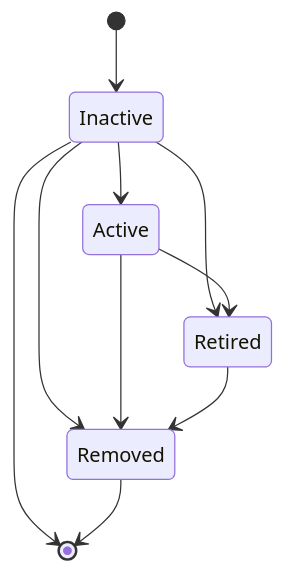
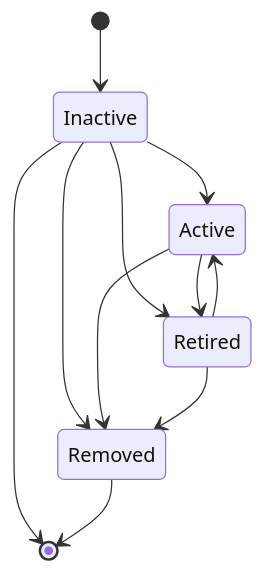
Before and after one commit to zalyoung/gitlab-handbook: the first of 2 diagrams in content/handbook/engineering/architecture/design-documents/encryption_keys_rotation/_index.md, drawn with Mermaid. The commit also changed other lines of this file, not shown here.

Commit message:
Improve the architecture based on the PoC and the iteration plan

````diff
--- a/content/handbook/engineering/architecture/design-documents/encryption_keys_rotation/_index.md
+++ b/content/handbook/engineering/architecture/design-documents/encryption_keys_rotation/_index.md
@@ -140,12 +140,13 @@
 ```mermaid
 stateDiagram-v2
     [*] --> Inactive
     Inactive --> [*]
     Inactive --> Active
     Inactive --> Retired
     Active --> Retired
+    Retired --> Active
     Inactive --> Removed
     Active --> Removed
     Retired --> Removed
     Removed --> [*]
 ```
````
